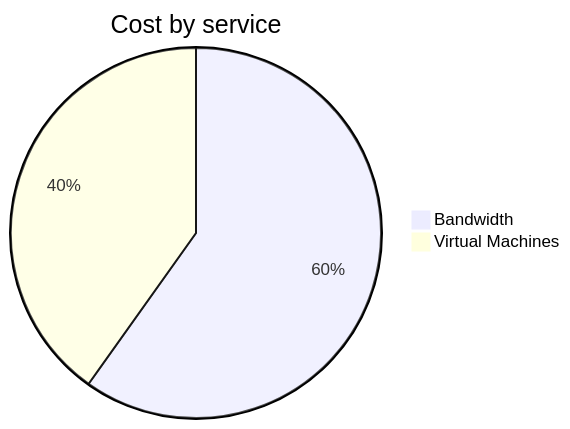
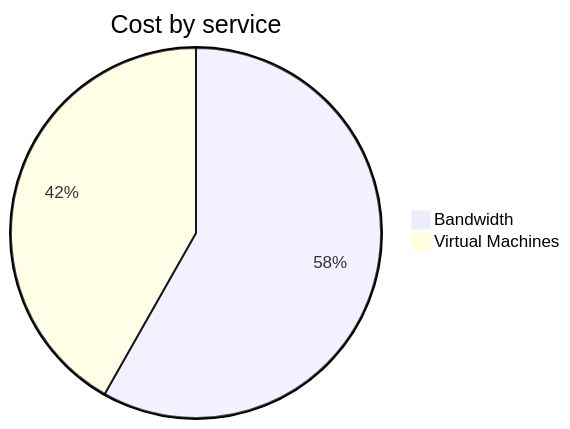
Before and after one commit to jpfulton/azure-personal-reports: the second of 4 diagrams in cost-reports/personal-network/vpn-server.md, drawn with Mermaid. The commit also changed other lines of this file and 8 other files, not shown here.

````diff
--- a/cost-reports/personal-network/vpn-server.md
+++ b/cost-reports/personal-network/vpn-server.md
@@ -96,6 +96,6 @@
 ```mermaid
 pie
    title Cost by service
    "Bandwidth" : 4.68
-   "Virtual Machines" : 3.14
+   "Virtual Machines" : 3.36
 ```
````
